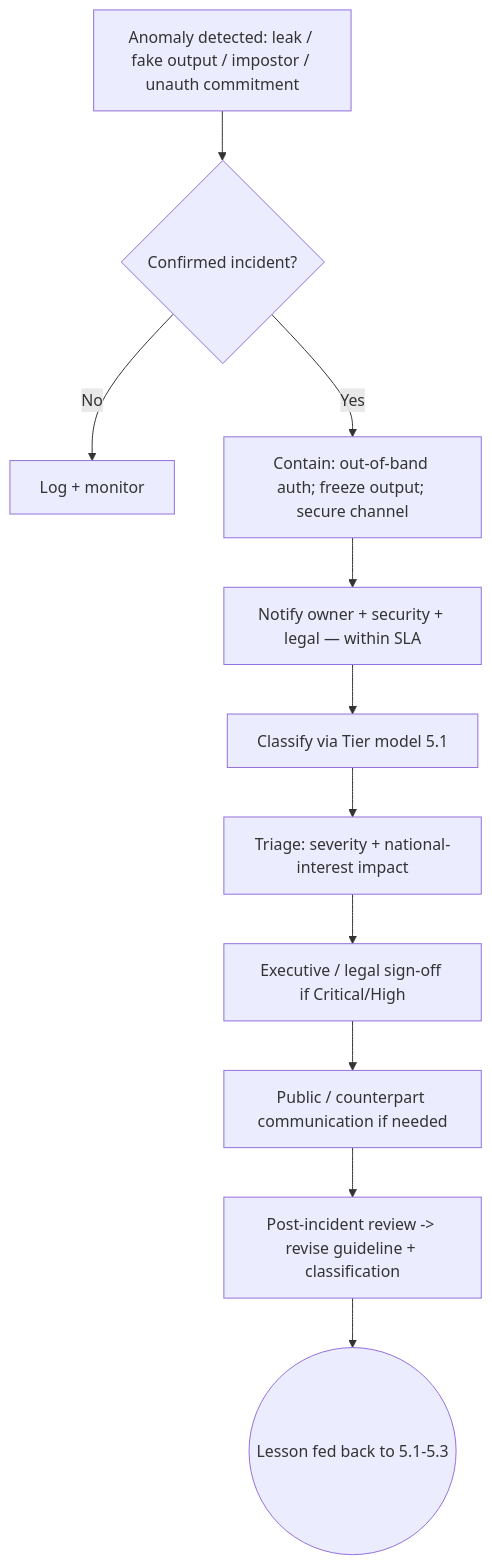
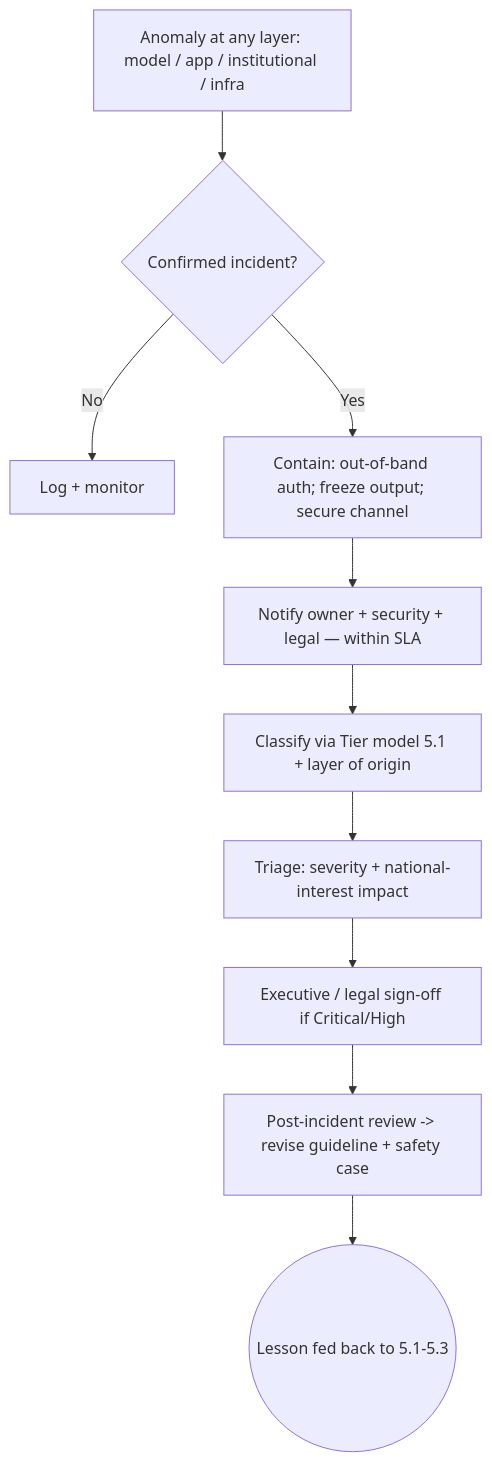
The fifth of 7 diagrams in public/outreach/idfr-diplomacy/chapter5-draft-v1.md (Sinar/BankBench), drawn with Mermaid before and after one commit. The commit also changed other lines of this file and 3 other files, not shown here.

````diff
--- a/public/outreach/idfr-diplomacy/chapter5-draft-v1.md
+++ b/public/outreach/idfr-diplomacy/chapter5-draft-v1.md
@@ -164,13 +172,12 @@
 ```mermaid
 flowchart TD
-    A[Anomaly detected: leak / fake output / impostor / unauth commitment] --> B{Confirmed incident?}
+    A[Anomaly at any layer: model / app / institutional / infra] --> B{Confirmed incident?}
     B -->|No| C[Log + monitor]
     B -->|Yes| D[Contain: out-of-band auth; freeze output; secure channel]
     D --> E[Notify owner + security + legal — within SLA]
-    E --> F[Classify via Tier model 5.1]
+    E --> F[Classify via Tier model 5.1 + layer of origin]
     F --> G[Triage: severity + national-interest impact]
     G --> H[Executive / legal sign-off if Critical/High]
-    H --> I[Public / counterpart communication if needed]
-    I --> J[Post-incident review -> revise guideline + classification]
-    J --> K((Lesson fed back to 5.1-5.3))
+    H --> I[Post-incident review -> revise guideline + safety case]
+    I --> J((Lesson fed back to 5.1-5.3))
 ```
````
